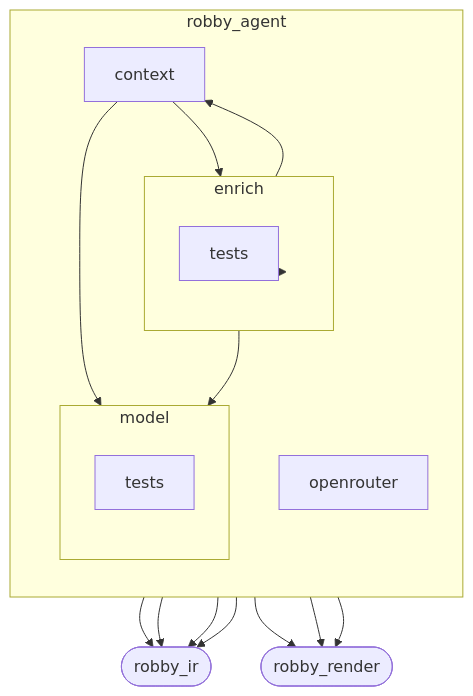
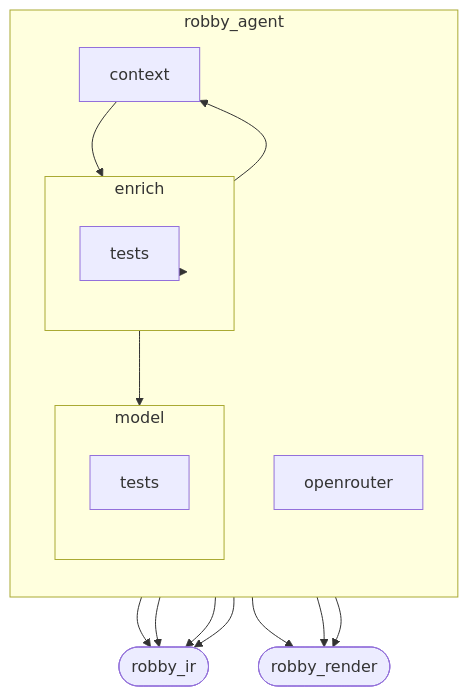
Before and after one commit to RyanGuild/self-describing-code: the first of 2 diagrams in docs/self-model/robby_agent/index.md, drawn with Mermaid. The commit also changed other lines of this file and 747 other files, not shown here.

````diff
--- a/docs/self-model/robby_agent/index.md
+++ b/docs/self-model/robby_agent/index.md
@@ -13,30 +13,29 @@
 ```mermaid
 flowchart TB
     subgraph n_f3e9f97d91a4f4af["robby_agent"]
         direction TB
         n_8ece825e5a096dd6["context"]
         subgraph n_fcd74fcd7fa20296["enrich"]
             direction TB
             n_16d52a19f68ec5ab["tests"]
         end
         subgraph n_86f239b07be3914c["model"]
             direction TB
             n_a612250962c5002d["tests"]
         end
         n_e78ea7618cf62376["openrouter"]
     end
     n_356bf2c23da68961(["robby_ir"])
     n_9c636b098ca4450e(["robby_render"])
     n_86f239b07be3914c --> n_356bf2c23da68961
     n_86f239b07be3914c --> n_9c636b098ca4450e
     n_8ece825e5a096dd6 --> n_16d52a19f68ec5ab
     n_8ece825e5a096dd6 --> n_356bf2c23da68961
-    n_8ece825e5a096dd6 --> n_86f239b07be3914c
     n_8ece825e5a096dd6 --> n_9c636b098ca4450e
     n_e78ea7618cf62376 --> n_356bf2c23da68961
     n_e78ea7618cf62376 --> n_9c636b098ca4450e
     n_fcd74fcd7fa20296 --> n_16d52a19f68ec5ab
     n_fcd74fcd7fa20296 --> n_356bf2c23da68961
     n_fcd74fcd7fa20296 --> n_86f239b07be3914c
     n_fcd74fcd7fa20296 --> n_8ece825e5a096dd6
 ```
````
